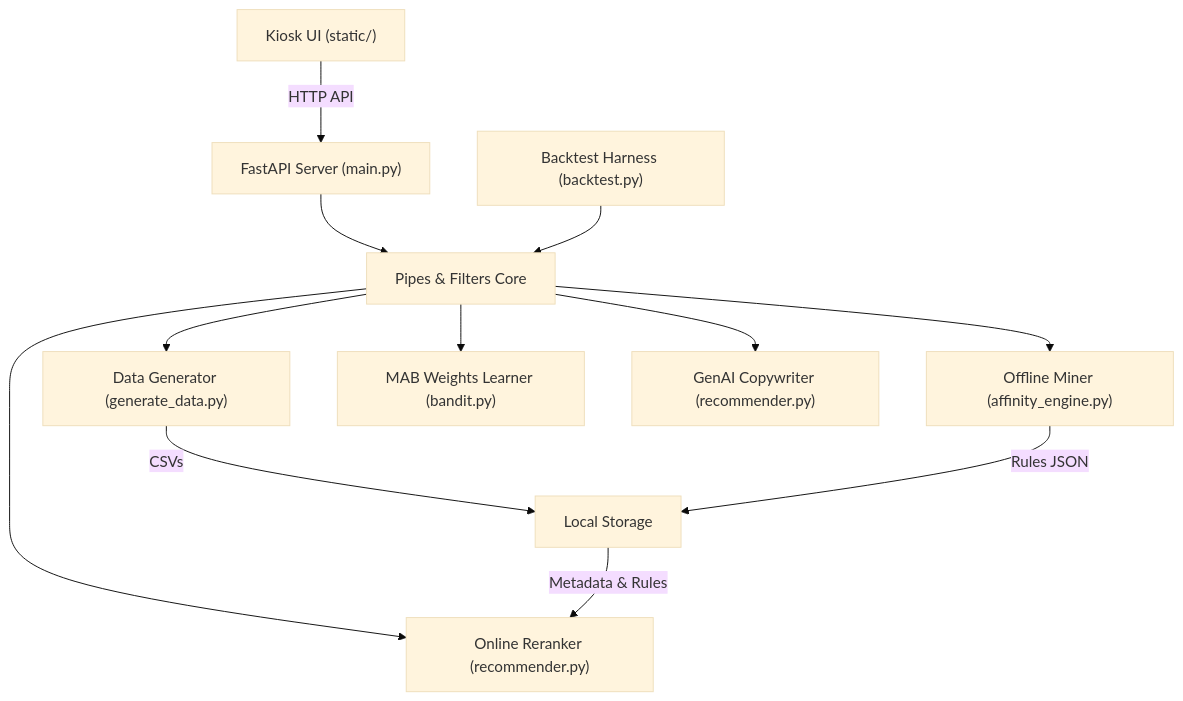
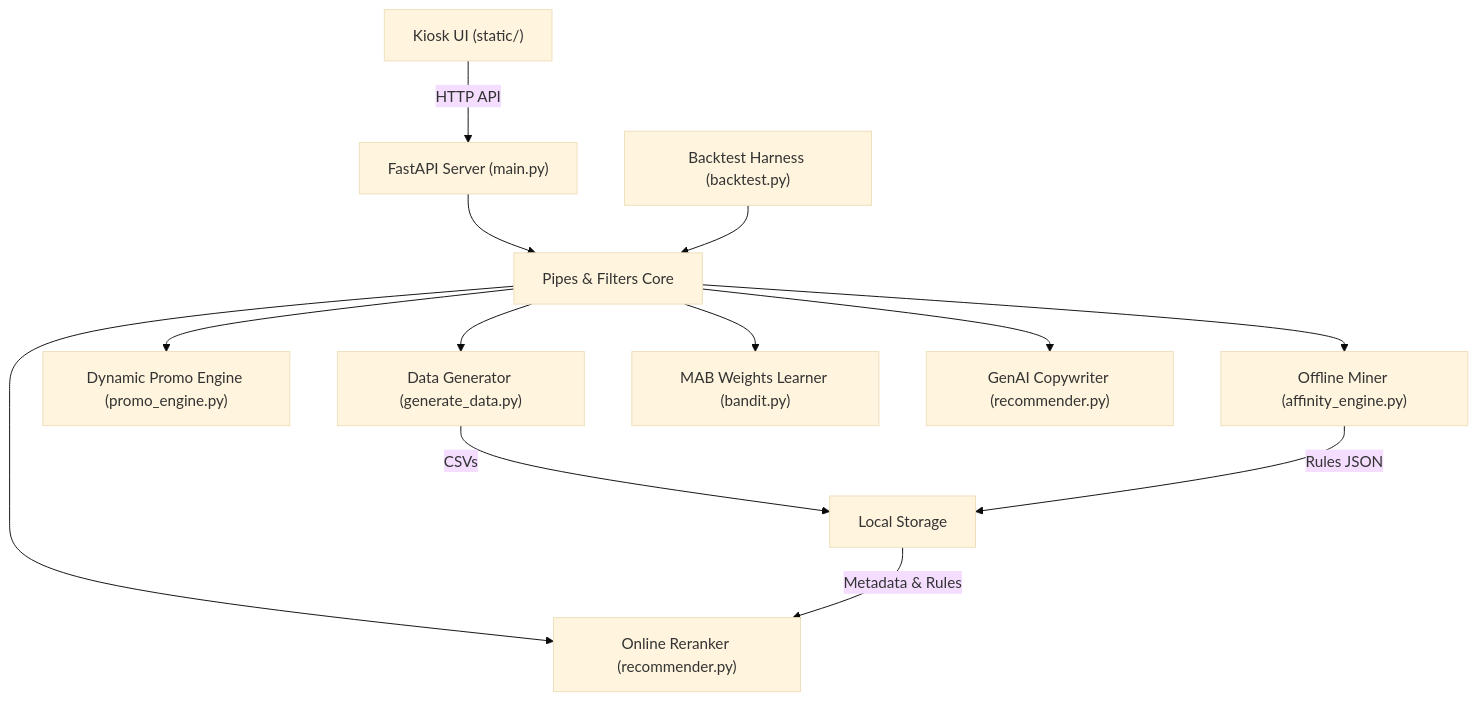
One commit to nakien0205/KFC changed the diagram in hackathon_submission.md. Above: the diagram before and after it, drawn with Mermaid (base theme). The commit also changed other lines of this file and 38 other files, not shown here.

````diff
--- a/hackathon_submission.md
+++ b/hackathon_submission.md
@@ -30,14 +31,15 @@
 ```mermaid
 graph TD
   UI["Kiosk UI (static/)"] -->|HTTP API| FastAPI["FastAPI Server (main.py)"]
   FastAPI --> Pipeline["Pipes & Filters Core"]
   Pipeline --> Filter1["Data Generator (generate_data.py)"]
+  Pipeline --> Filter1b["Dynamic Promo Engine (promo_engine.py)"]
   Pipeline --> Filter2["Offline Miner (affinity_engine.py)"]
   Pipeline --> Filter3["Online Reranker (recommender.py)"]
   Pipeline --> Filter4["MAB Weights Learner (bandit.py)"]
   Pipeline --> Filter5["GenAI Copywriter (recommender.py)"]
   Backtest["Backtest Harness (backtest.py)"] --> Pipeline
   Filter1 -->|CSVs| Disk["Local Storage"]
   Filter2 -->|Rules JSON| Disk
   Disk -->|Metadata & Rules| Filter3
 ```
````
